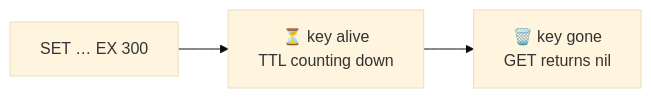
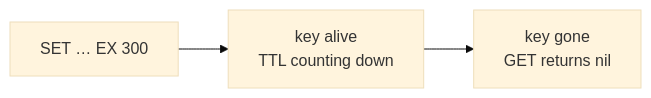
One commit to jamal474/slides changed the fifth of 53 diagrams in src/redis.md. Above: the diagram before and after it, drawn with Mermaid (base theme). The commit also changed other lines of this file, not shown here.

````diff
--- a/src/redis.md
+++ b/src/redis.md
@@ -274,4 +271,4 @@
 ```mermaid
 flowchart LR
-  S["SET … EX 300"] --> L["⏳ key alive<br/>TTL counting down"] --> X["🗑️ key gone<br/>GET returns nil"]
+  S["SET … EX 300"] --> L["key alive<br/>TTL counting down"] --> X["key gone<br/>GET returns nil"]
 ```
````
